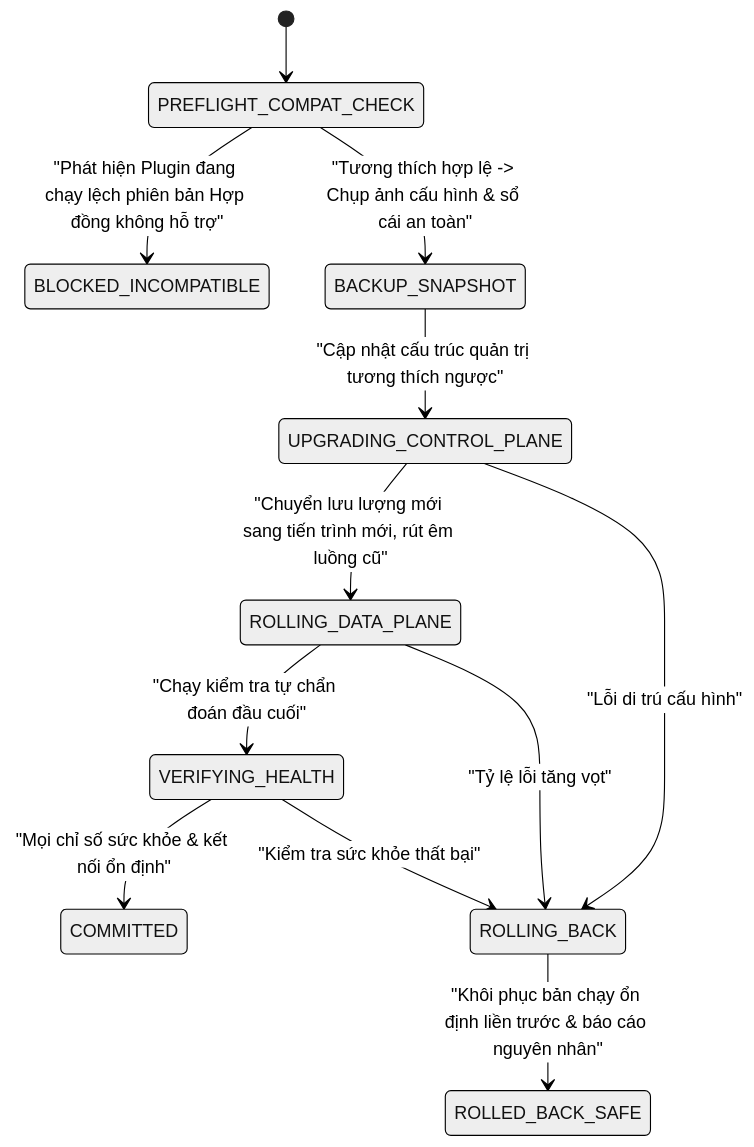
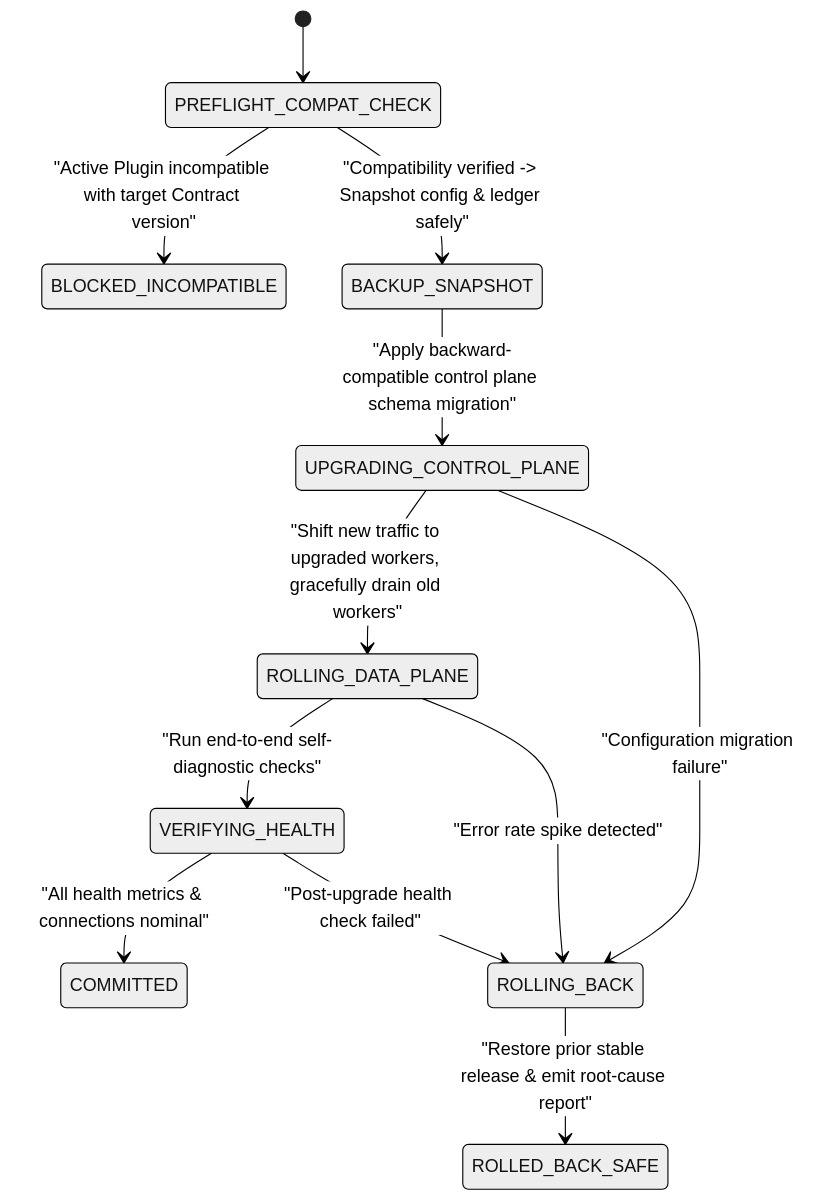
The ninth of 9 diagrams in docs/requirements/business-entity-map.md (nguywnben/tanpopo), drawn with Mermaid (neutral theme) before and after one commit. The commit also changed other lines of this file and 111 other files, not shown here.

````diff
--- a/docs/requirements/business-entity-map.md
+++ b/docs/requirements/business-entity-map.md
@@ -246,14 +246,14 @@
 ```mermaid
 stateDiagram-v2
     [*] --> PREFLIGHT_COMPAT_CHECK
-    PREFLIGHT_COMPAT_CHECK --> BLOCKED_INCOMPATIBLE : "Phát hiện Plugin đang chạy lệch phiên bản Hợp đồng không hỗ trợ"
-    PREFLIGHT_COMPAT_CHECK --> BACKUP_SNAPSHOT : "Tương thích hợp lệ -> Chụp ảnh cấu hình & sổ cái an toàn"
-    BACKUP_SNAPSHOT --> UPGRADING_CONTROL_PLANE : "Cập nhật cấu trúc quản trị tương thích ngược"
-    UPGRADING_CONTROL_PLANE --> ROLLING_DATA_PLANE : "Chuyển lưu lượng mới sang tiến trình mới, rút êm luồng cũ"
-    ROLLING_DATA_PLANE --> VERIFYING_HEALTH : "Chạy kiểm tra tự chẩn đoán đầu cuối"
-    VERIFYING_HEALTH --> COMMITTED : "Mọi chỉ số sức khỏe & kết nối ổn định"
-    UPGRADING_CONTROL_PLANE --> ROLLING_BACK : "Lỗi di trú cấu hình"
-    ROLLING_DATA_PLANE --> ROLLING_BACK : "Tỷ lệ lỗi tăng vọt"
-    VERIFYING_HEALTH --> ROLLING_BACK : "Kiểm tra sức khỏe thất bại"
-    ROLLING_BACK --> ROLLED_BACK_SAFE : "Khôi phục bản chạy ổn định liền trước & báo cáo nguyên nhân"
+    PREFLIGHT_COMPAT_CHECK --> BLOCKED_INCOMPATIBLE : "Active Plugin incompatible with target Contract version"
+    PREFLIGHT_COMPAT_CHECK --> BACKUP_SNAPSHOT : "Compatibility verified -> Snapshot config & ledger safely"
+    BACKUP_SNAPSHOT --> UPGRADING_CONTROL_PLANE : "Apply backward-compatible control plane schema migration"
+    UPGRADING_CONTROL_PLANE --> ROLLING_DATA_PLANE : "Shift new traffic to upgraded workers, gracefully drain old workers"
+    ROLLING_DATA_PLANE --> VERIFYING_HEALTH : "Run end-to-end self-diagnostic checks"
+    VERIFYING_HEALTH --> COMMITTED : "All health metrics & connections nominal"
+    UPGRADING_CONTROL_PLANE --> ROLLING_BACK : "Configuration migration failure"
+    ROLLING_DATA_PLANE --> ROLLING_BACK : "Error rate spike detected"
+    VERIFYING_HEALTH --> ROLLING_BACK : "Post-upgrade health check failed"
+    ROLLING_BACK --> ROLLED_BACK_SAFE : "Restore prior stable release & emit root-cause report"
 ```
````
